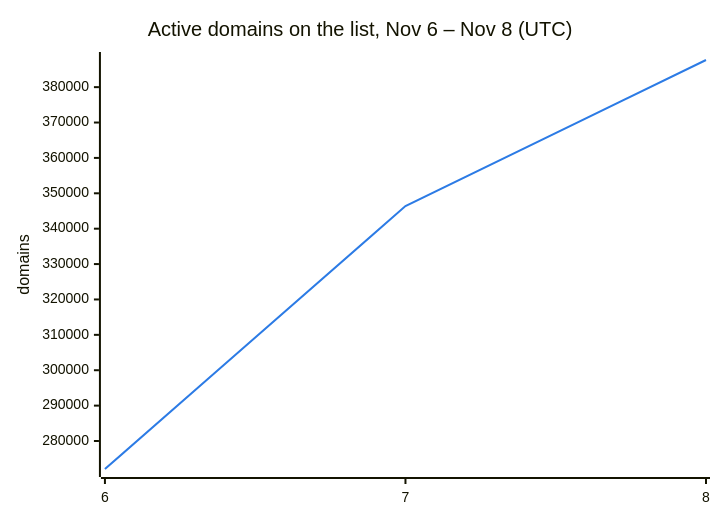
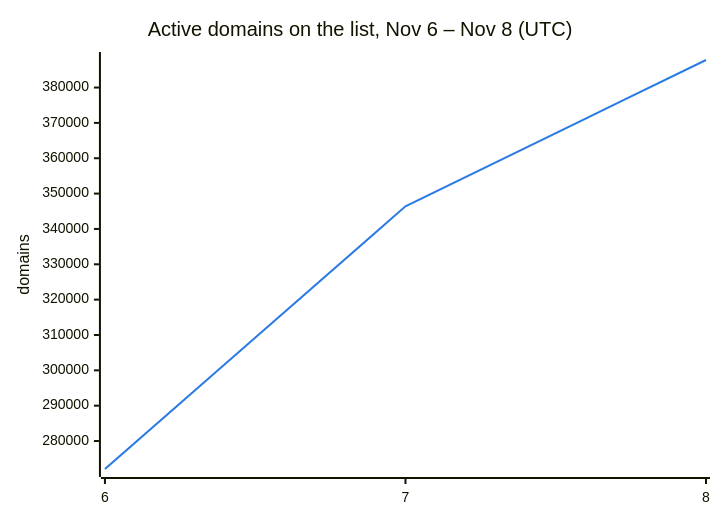
One commit to DNSBunker/CTI changed the second of 3 diagrams in README.md. Above: the diagram before and after it, drawn with Mermaid. The commit also changed other lines of this file and 3 other files, not shown here.

````diff
--- a/README.md
+++ b/README.md
@@ -38,8 +38,8 @@
 ```mermaid
 %%{init: {"themeVariables": {"xyChart": {"plotColorPalette": "#2c7be5"}}}}%%
 xychart-beta
     title "Active domains on the list, Nov 6 – Nov 8 (UTC)"
     x-axis ["6", "7", "8"]
     y-axis "domains"
-    line [272088, 346388, 387671]
+    line [272088, 346388, 387791]
 ```
````
